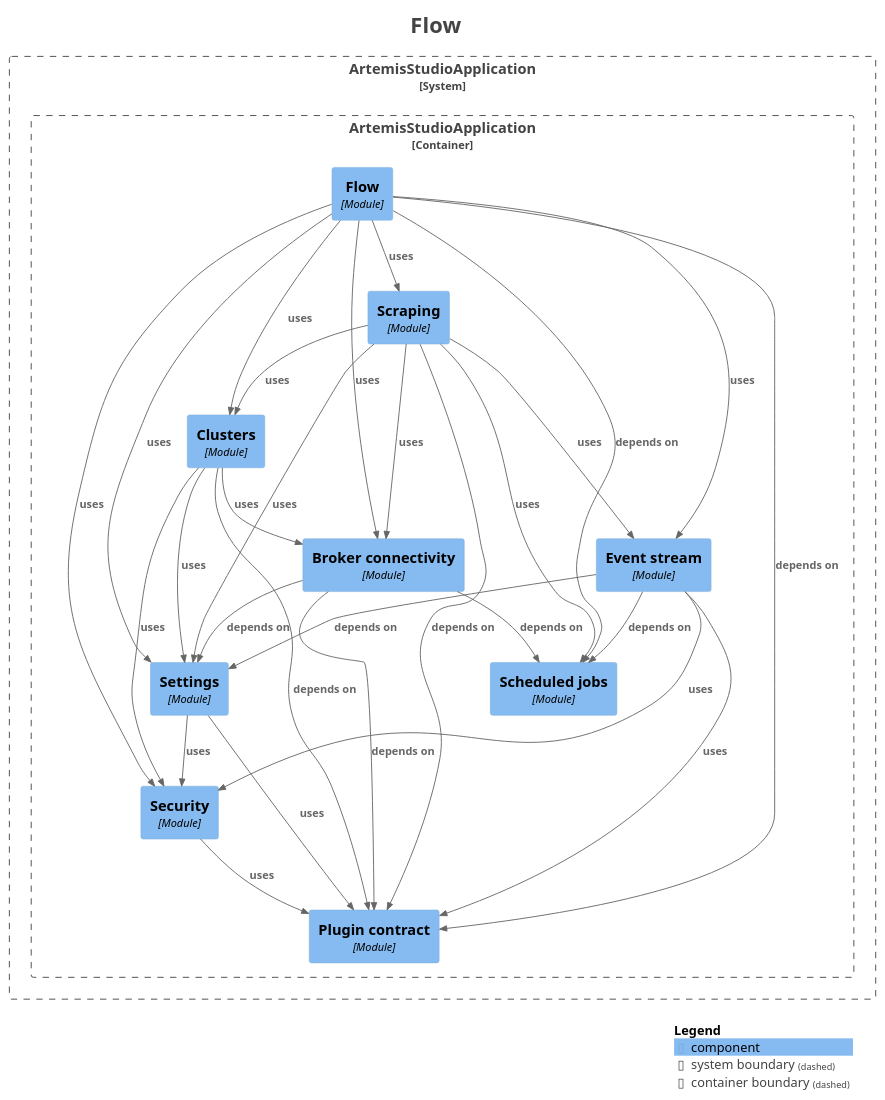
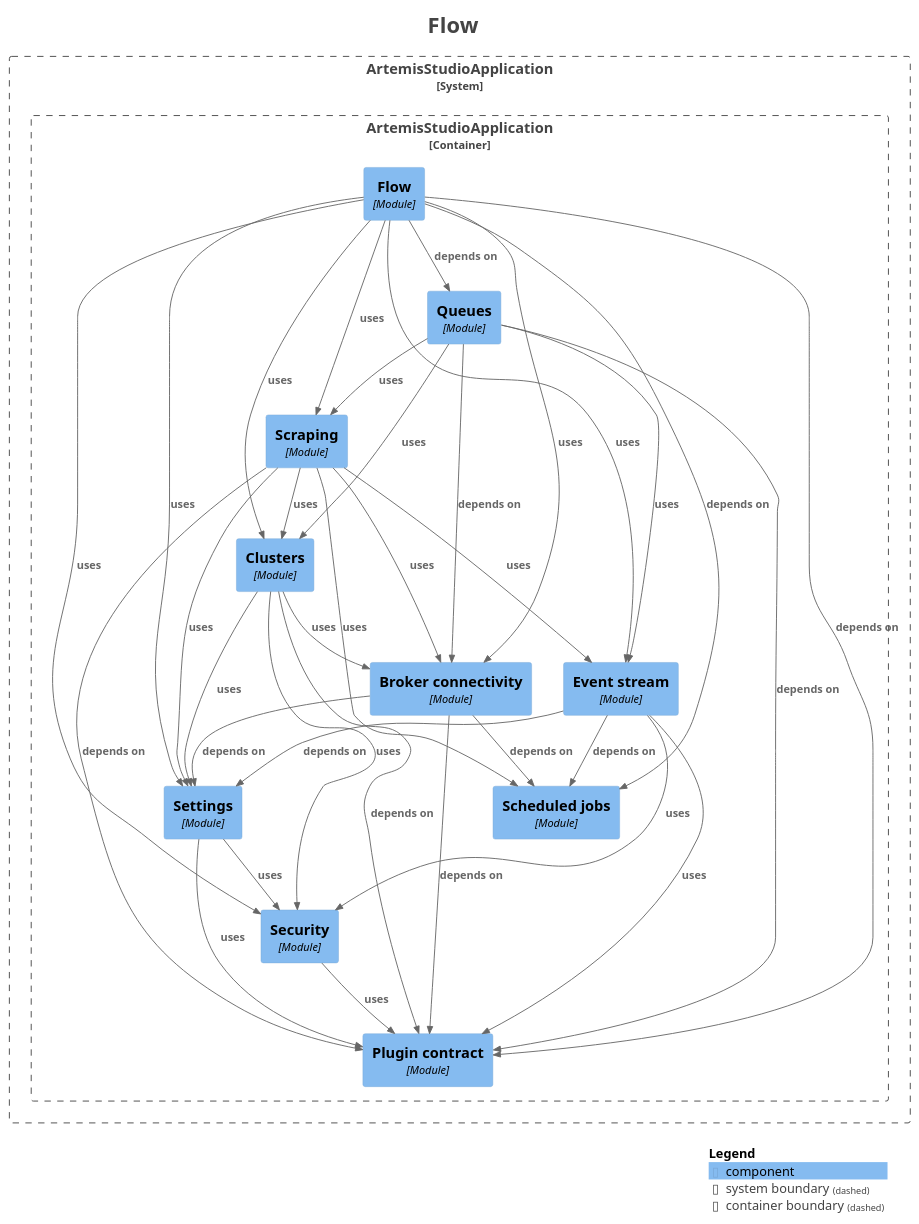
The diagram in docs/modules/module-feature.flow.puml (sudoitir/artemis-studio), drawn with PlantUML before and after one commit. The commit also changed 38 other files, not shown here.

First line of the commit message:
feat(flow): diverts, bridges, cluster hops and dead-letter routes on the flow graph

```diff
--- a/docs/modules/module-feature.flow.puml
+++ b/docs/modules/module-feature.flow.puml
@@ -1,64 +1,71 @@
 @startuml
 title <size:24>Flow</size>
 
 set separator none
 top to bottom direction
 
 <style>
   root {
     BackgroundColor: #ffffff
     FontColor: #444444
   }
 </style>
 
 !include <C4/C4>
 !include <C4/C4_Context>
 !include <C4/C4_Component>
 
 System_Boundary("ArtemisStudioApplication_boundary", "ArtemisStudioApplication", $tags="") {
   Container_Boundary("ArtemisStudioApplication.ArtemisStudioApplication_boundary", "ArtemisStudioApplication", $tags="") {
     Component(ArtemisStudioApplication.ArtemisStudioApplication.Settings, "Settings", $techn="Module", $descr="", $tags="", $link="")
     Component(ArtemisStudioApplication.ArtemisStudioApplication.Eventstream, "Event stream", $techn="Module", $descr="", $tags="", $link="")
     Component(ArtemisStudioApplication.ArtemisStudioApplication.Brokerconnectivity, "Broker connectivity", $techn="Module", $descr="", $tags="", $link="")
     Component(ArtemisStudioApplication.ArtemisStudioApplication.Clusters, "Clusters", $techn="Module", $descr="", $tags="", $link="")
     Component(ArtemisStudioApplication.ArtemisStudioApplication.Scraping, "Scraping", $techn="Module", $descr="", $tags="", $link="")
+    Component(ArtemisStudioApplication.ArtemisStudioApplication.Queues, "Queues", $techn="Module", $descr="", $tags="", $link="")
     Component(ArtemisStudioApplication.ArtemisStudioApplication.Flow, "Flow", $techn="Module", $descr="", $tags="", $link="")
     Component(ArtemisStudioApplication.ArtemisStudioApplication.Scheduledjobs, "Scheduled jobs", $techn="Module", $descr="", $tags="", $link="")
     Component(ArtemisStudioApplication.ArtemisStudioApplication.Plugincontract, "Plugin contract", $techn="Module", $descr="", $tags="", $link="")
     Component(ArtemisStudioApplication.ArtemisStudioApplication.Security, "Security", $techn="Module", $descr="", $tags="", $link="")
   }
 
 }
 
 Rel(ArtemisStudioApplication.ArtemisStudioApplication.Brokerconnectivity, ArtemisStudioApplication.ArtemisStudioApplication.Plugincontract, "depends on", $techn="", $tags="", $link="")
 Rel(ArtemisStudioApplication.ArtemisStudioApplication.Brokerconnectivity, ArtemisStudioApplication.ArtemisStudioApplication.Scheduledjobs, "depends on", $techn="", $tags="", $link="")
 Rel(ArtemisStudioApplication.ArtemisStudioApplication.Brokerconnectivity, ArtemisStudioApplication.ArtemisStudioApplication.Settings, "depends on", $techn="", $tags="", $link="")
 Rel(ArtemisStudioApplication.ArtemisStudioApplication.Clusters, ArtemisStudioApplication.ArtemisStudioApplication.Brokerconnectivity, "uses", $techn="", $tags="", $link="")
 Rel(ArtemisStudioApplication.ArtemisStudioApplication.Clusters, ArtemisStudioApplication.ArtemisStudioApplication.Plugincontract, "depends on", $techn="", $tags="", $link="")
 Rel(ArtemisStudioApplication.ArtemisStudioApplication.Clusters, ArtemisStudioApplication.ArtemisStudioApplication.Security, "uses", $techn="", $tags="", $link="")
 Rel(ArtemisStudioApplication.ArtemisStudioApplication.Clusters, ArtemisStudioApplication.ArtemisStudioApplication.Settings, "uses", $techn="", $tags="", $link="")
 Rel(ArtemisStudioApplication.ArtemisStudioApplication.Eventstream, ArtemisStudioApplication.ArtemisStudioApplication.Plugincontract, "uses", $techn="", $tags="", $link="")
 Rel(ArtemisStudioApplication.ArtemisStudioApplication.Eventstream, ArtemisStudioApplication.ArtemisStudioApplication.Scheduledjobs, "depends on", $techn="", $tags="", $link="")
 Rel(ArtemisStudioApplication.ArtemisStudioApplication.Eventstream, ArtemisStudioApplication.ArtemisStudioApplication.Security, "uses", $techn="", $tags="", $link="")
 Rel(ArtemisStudioApplication.ArtemisStudioApplication.Eventstream, ArtemisStudioApplication.ArtemisStudioApplication.Settings, "depends on", $techn="", $tags="", $link="")
 Rel(ArtemisStudioApplication.ArtemisStudioApplication.Flow, ArtemisStudioApplication.ArtemisStudioApplication.Brokerconnectivity, "uses", $techn="", $tags="", $link="")
 Rel(ArtemisStudioApplication.ArtemisStudioApplication.Flow, ArtemisStudioApplication.ArtemisStudioApplication.Clusters, "uses", $techn="", $tags="", $link="")
 Rel(ArtemisStudioApplication.ArtemisStudioApplication.Flow, ArtemisStudioApplication.ArtemisStudioApplication.Eventstream, "uses", $techn="", $tags="", $link="")
 Rel(ArtemisStudioApplication.ArtemisStudioApplication.Flow, ArtemisStudioApplication.ArtemisStudioApplication.Plugincontract, "depends on", $techn="", $tags="", $link="")
+Rel(ArtemisStudioApplication.ArtemisStudioApplication.Flow, ArtemisStudioApplication.ArtemisStudioApplication.Queues, "depends on", $techn="", $tags="", $link="")
 Rel(ArtemisStudioApplication.ArtemisStudioApplication.Flow, ArtemisStudioApplication.ArtemisStudioApplication.Scheduledjobs, "depends on", $techn="", $tags="", $link="")
 Rel(ArtemisStudioApplication.ArtemisStudioApplication.Flow, ArtemisStudioApplication.ArtemisStudioApplication.Scraping, "uses", $techn="", $tags="", $link="")
 Rel(ArtemisStudioApplication.ArtemisStudioApplication.Flow, ArtemisStudioApplication.ArtemisStudioApplication.Security, "uses", $techn="", $tags="", $link="")
 Rel(ArtemisStudioApplication.ArtemisStudioApplication.Flow, ArtemisStudioApplication.ArtemisStudioApplication.Settings, "uses", $techn="", $tags="", $link="")
+Rel(ArtemisStudioApplication.ArtemisStudioApplication.Queues, ArtemisStudioApplication.ArtemisStudioApplication.Brokerconnectivity, "depends on", $techn="", $tags="", $link="")
+Rel(ArtemisStudioApplication.ArtemisStudioApplication.Queues, ArtemisStudioApplication.ArtemisStudioApplication.Clusters, "uses", $techn="", $tags="", $link="")
+Rel(ArtemisStudioApplication.ArtemisStudioApplication.Queues, ArtemisStudioApplication.ArtemisStudioApplication.Eventstream, "uses", $techn="", $tags="", $link="")
+Rel(ArtemisStudioApplication.ArtemisStudioApplication.Queues, ArtemisStudioApplication.ArtemisStudioApplication.Plugincontract, "depends on", $techn="", $tags="", $link="")
+Rel(ArtemisStudioApplication.ArtemisStudioApplication.Queues, ArtemisStudioApplication.ArtemisStudioApplication.Scraping, "uses", $techn="", $tags="", $link="")
 Rel(ArtemisStudioApplication.ArtemisStudioApplication.Scraping, ArtemisStudioApplication.ArtemisStudioApplication.Brokerconnectivity, "uses", $techn="", $tags="", $link="")
 Rel(ArtemisStudioApplication.ArtemisStudioApplication.Scraping, ArtemisStudioApplication.ArtemisStudioApplication.Clusters, "uses", $techn="", $tags="", $link="")
 Rel(ArtemisStudioApplication.ArtemisStudioApplication.Scraping, ArtemisStudioApplication.ArtemisStudioApplication.Eventstream, "uses", $techn="", $tags="", $link="")
 Rel(ArtemisStudioApplication.ArtemisStudioApplication.Scraping, ArtemisStudioApplication.ArtemisStudioApplication.Plugincontract, "depends on", $techn="", $tags="", $link="")
 Rel(ArtemisStudioApplication.ArtemisStudioApplication.Scraping, ArtemisStudioApplication.ArtemisStudioApplication.Scheduledjobs, "uses", $techn="", $tags="", $link="")
 Rel(ArtemisStudioApplication.ArtemisStudioApplication.Scraping, ArtemisStudioApplication.ArtemisStudioApplication.Settings, "uses", $techn="", $tags="", $link="")
 Rel(ArtemisStudioApplication.ArtemisStudioApplication.Security, ArtemisStudioApplication.ArtemisStudioApplication.Plugincontract, "uses", $techn="", $tags="", $link="")
 Rel(ArtemisStudioApplication.ArtemisStudioApplication.Settings, ArtemisStudioApplication.ArtemisStudioApplication.Plugincontract, "uses", $techn="", $tags="", $link="")
 Rel(ArtemisStudioApplication.ArtemisStudioApplication.Settings, ArtemisStudioApplication.ArtemisStudioApplication.Security, "uses", $techn="", $tags="", $link="")
 
 SHOW_LEGEND(true)
 hide stereotypes
 @enduml
```
